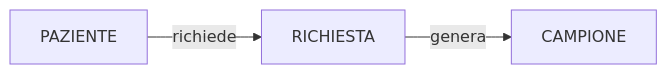
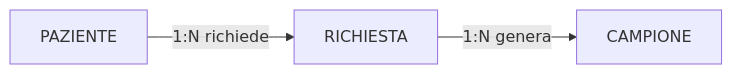
One commit to lucadagati/Lab_Fondamenti_di_Informatica_25_26 changed the first of 4 diagrams in 08-progettazione-er/esercizi/02-esercizio-laboratorio-analisi.md. Above: the diagram before and after it, drawn with Mermaid. The commit also changed other lines of this file and 60 other files, not shown here.

Commit message:
Add Chen ER step-by-step draw.io diagrams and fix layout

````diff
--- a/08-progettazione-er/esercizi/02-esercizio-laboratorio-analisi.md
+++ b/08-progettazione-er/esercizi/02-esercizio-laboratorio-analisi.md
@@ -58,5 +58,5 @@
 ```mermaid
 flowchart LR
-    P[PAZIENTE] -->|richiede| R[RICHIESTA]
-    R -->|genera| C[CAMPIONE]
+    P[PAZIENTE] -->|1:N richiede| R[RICHIESTA]
+    R -->|1:N genera| C[CAMPIONE]
 ```
````
